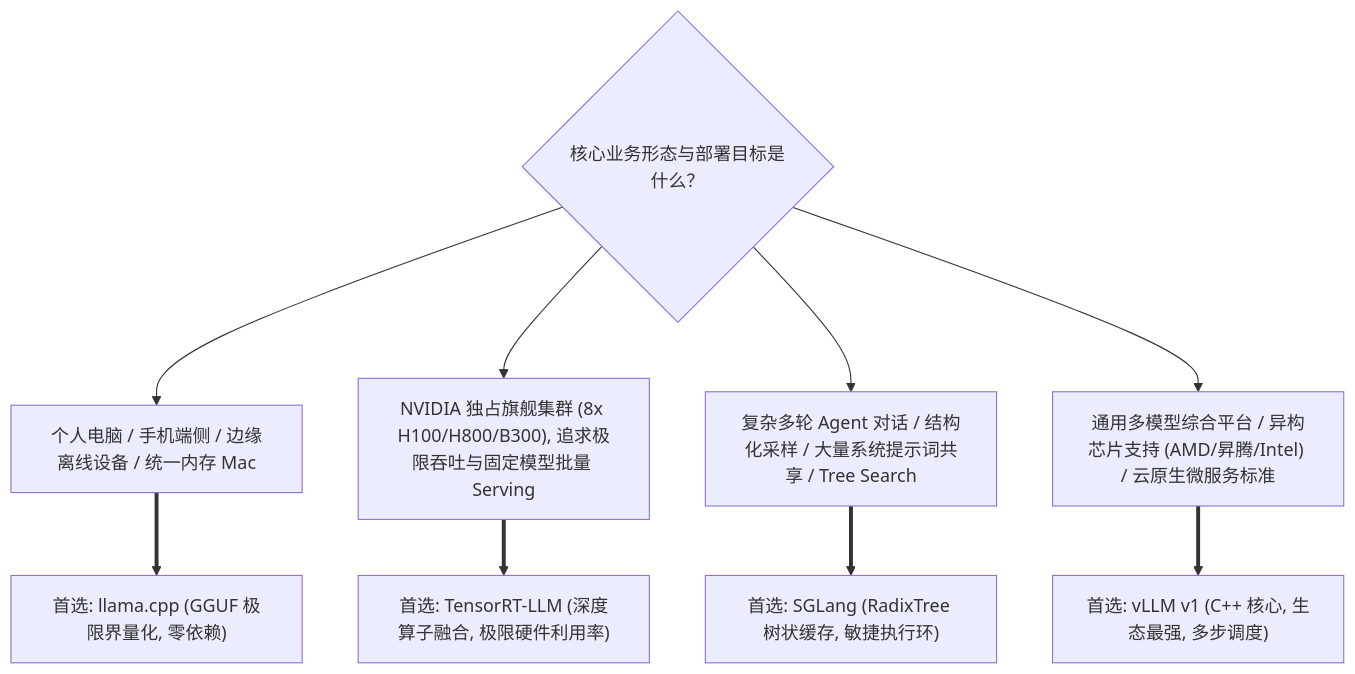
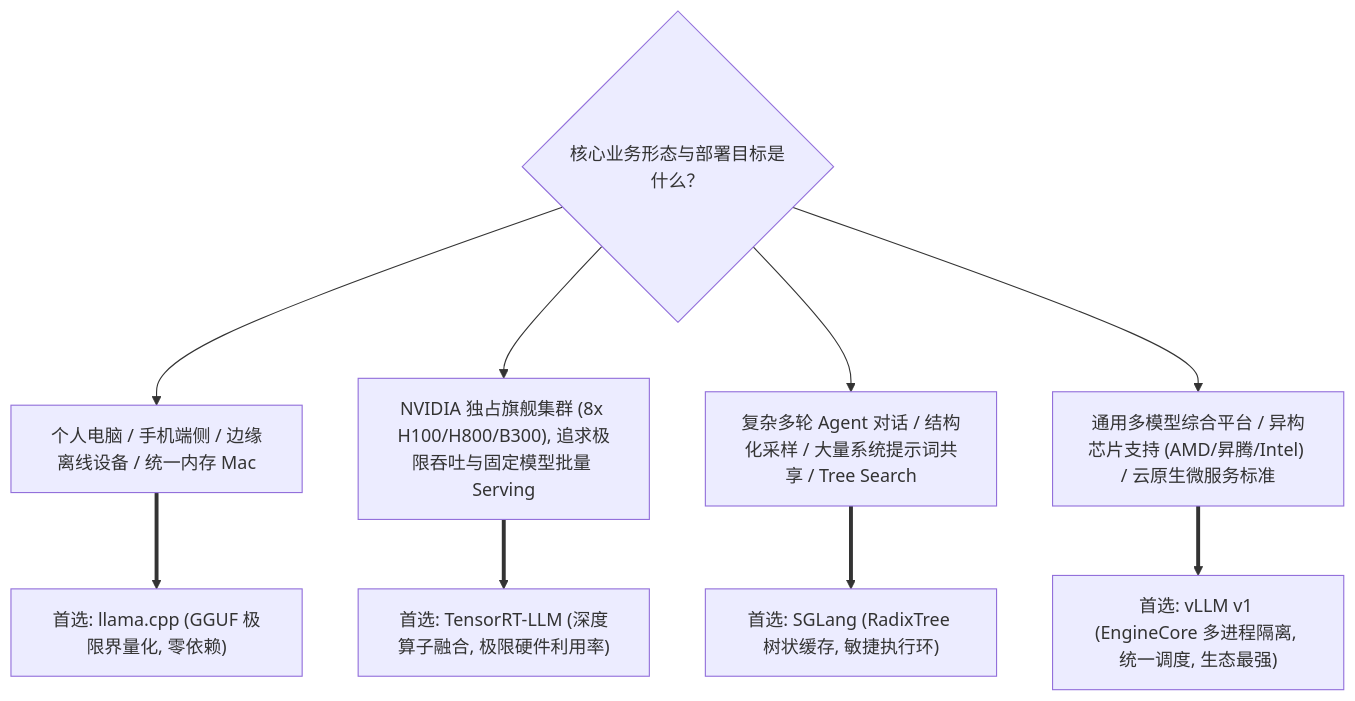
Before and after one commit to ifnodoraemon/ifnodoraemon.github.io: the second of 2 diagrams in content/zh/articles/inference-engines-core-architecture-internals.md, drawn with Mermaid. The commit also changed other lines of this file and 171 other files, not shown here.

````diff
--- a/content/zh/articles/inference-engines-core-architecture-internals.md
+++ b/content/zh/articles/inference-engines-core-architecture-internals.md
@@ -277,16 +319,16 @@
 ```mermaid
 flowchart TD
     START{"核心业务形态与部署目标是什么？"}
     
     START --> C1["个人电脑 / 手机端侧 / 边缘离线设备 / 统一内存 Mac"]
     C1 ==> R_LLAMA["首选: llama.cpp (GGUF 极限界量化, 零依赖)"]
     
     START --> C2["NVIDIA 独占旗舰集群 (8x H100/H800/B300), 追求极限吞吐与固定模型批量 Serving"]
     C2 ==> R_TRT["首选: TensorRT-LLM (深度算子融合, 极限硬件利用率)"]
     
     START --> C3["复杂多轮 Agent 对话 / 结构化采样 / 大量系统提示词共享 / Tree Search"]
     C3 ==> R_SGL["首选: SGLang (RadixTree 树状缓存, 敏捷执行环)"]
     
     START --> C4["通用多模型综合平台 / 异构芯片支持 (AMD/昇腾/Intel) / 云原生微服务标准"]
-    C4 ==> R_VLLM["首选: vLLM v1 (C++ 核心, 生态最强, 多步调度)"]
+    C4 ==> R_VLLM["首选: vLLM v1 (EngineCore 多进程隔离, 统一调度, 生态最强)"]
 ```
````
